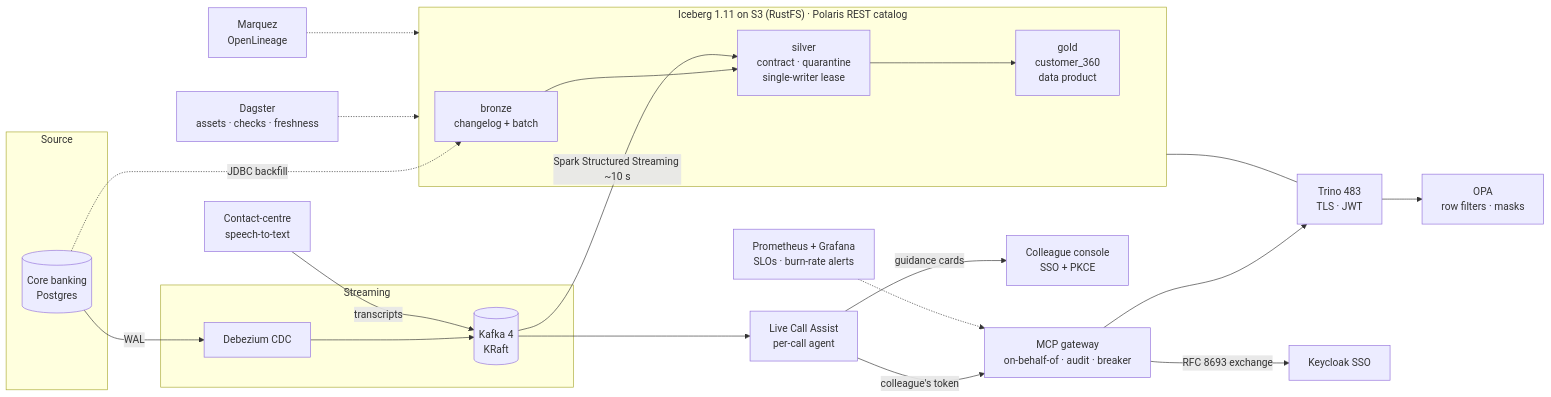
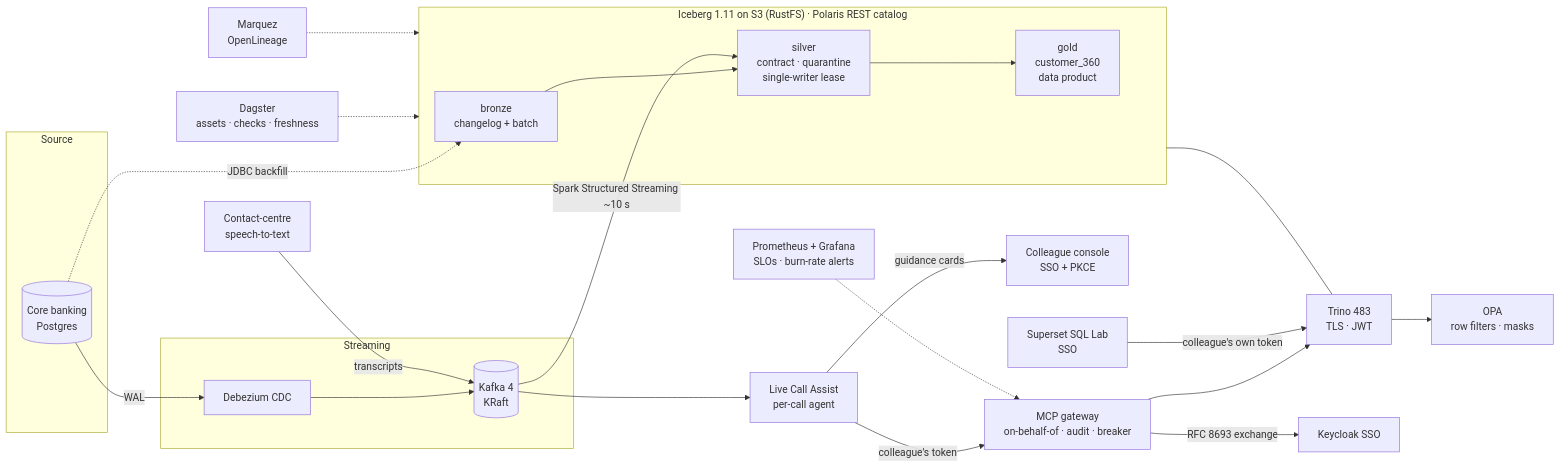
One commit to cloudcruncher/open-lakehouse changed the diagram in README.md. Above: the diagram before and after it, drawn with Mermaid. The commit also changed other lines of this file and 6 other files, not shown here.

````diff
--- a/README.md
+++ b/README.md
@@ -26,26 +26,27 @@
 ```mermaid
 flowchart LR
   subgraph Source
     PG[(Core banking<br/>Postgres)]
   end
   subgraph Streaming
     DBZ[Debezium CDC] --> K[(Kafka 4<br/>KRaft)]
   end
   subgraph Lakehouse["Iceberg 1.11 on S3 (RustFS) · Polaris REST catalog"]
     BR[bronze<br/>changelog + batch] --> SV[silver<br/>contract · quarantine<br/>single-writer lease] --> GD[gold<br/>customer_360<br/>data product]
   end
   PG -->|WAL| DBZ
   K -->|Spark Structured Streaming ~10 s| SV
   PG -.->|JDBC backfill| BR
   TR[Trino 483<br/>TLS · JWT] --> OPA[OPA<br/>row filters · masks]
   Lakehouse --- TR
   CC[Contact-centre<br/>speech-to-text] -->|transcripts| K
   K --> CA[Live Call Assist<br/>per-call agent]
   CA -->|colleague's token| MCP[MCP gateway<br/>on-behalf-of · audit · breaker]
   MCP -->|RFC 8693 exchange| KC[Keycloak SSO]
   MCP --> TR
   CA -->|guidance cards| UI[Colleague console<br/>SSO + PKCE]
   DAG[Dagster<br/>assets · checks · freshness] -.-> Lakehouse
   OL[Marquez<br/>OpenLineage] -.-> Lakehouse
+  SQ[Superset SQL Lab<br/>SSO] -->|colleague's own token| TR
   PROM[Prometheus + Grafana<br/>SLOs · burn-rate alerts] -.-> MCP
 ```
````
